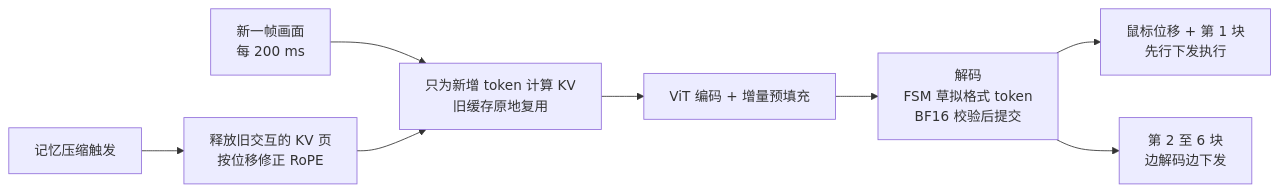
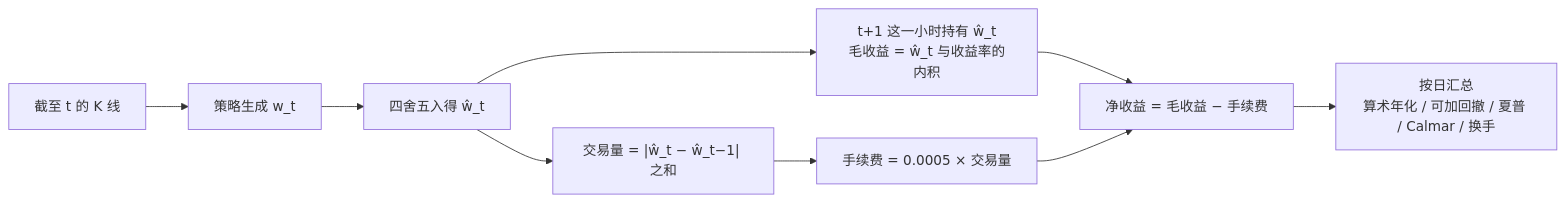
The fourth of 5 diagrams in docs/index.md (yingwang/paper-reads), drawn with Mermaid before and after one commit. The commit also changed other lines of this file and 2 other files, not shown here.

First line of the commit message:
Add 2026-11-17-allocflow-end-to-end-portfolio-flow-matching

````diff
--- a/docs/index.md
+++ b/docs/index.md
@@ -223,10 +235,11 @@
 ```mermaid
 graph LR
-    F["新一帧画面<br/>每 200 ms"] --> K["只为新增 token 计算 KV<br/>旧缓存原地复用"]
-    K --> P["ViT 编码 + 增量预填充"]
-    P --> D["解码<br/>FSM 草拟格式 token<br/>BF16 校验后提交"]
-    D --> S1["鼠标位移 + 第 1 块<br/>先行下发执行"]
-    D --> S2["第 2 至 6 块<br/>边解码边下发"]
-    C["记忆压缩触发"] --> R["释放旧交互的 KV 页<br/>按位移修正 RoPE"]
-    R --> K
+    B["截至 t 的 K 线"] --> P["策略生成 w_t"]
+    P --> R["四舍五入得 ŵ_t"]
+    R --> H["t+1 这一小时持有 ŵ_t<br/>毛收益 = ŵ_t 与收益率的内积"]
+    R --> U["交易量 = |ŵ_t − ŵ_t−1| 之和"]
+    U --> FEE["手续费 = 0.0005 × 交易量"]
+    H --> N["净收益 = 毛收益 − 手续费"]
+    FEE --> N
+    N --> M["按日汇总<br/>算术年化 / 可加回撤 / 夏普 / Calmar / 换手"]
 ```
````
